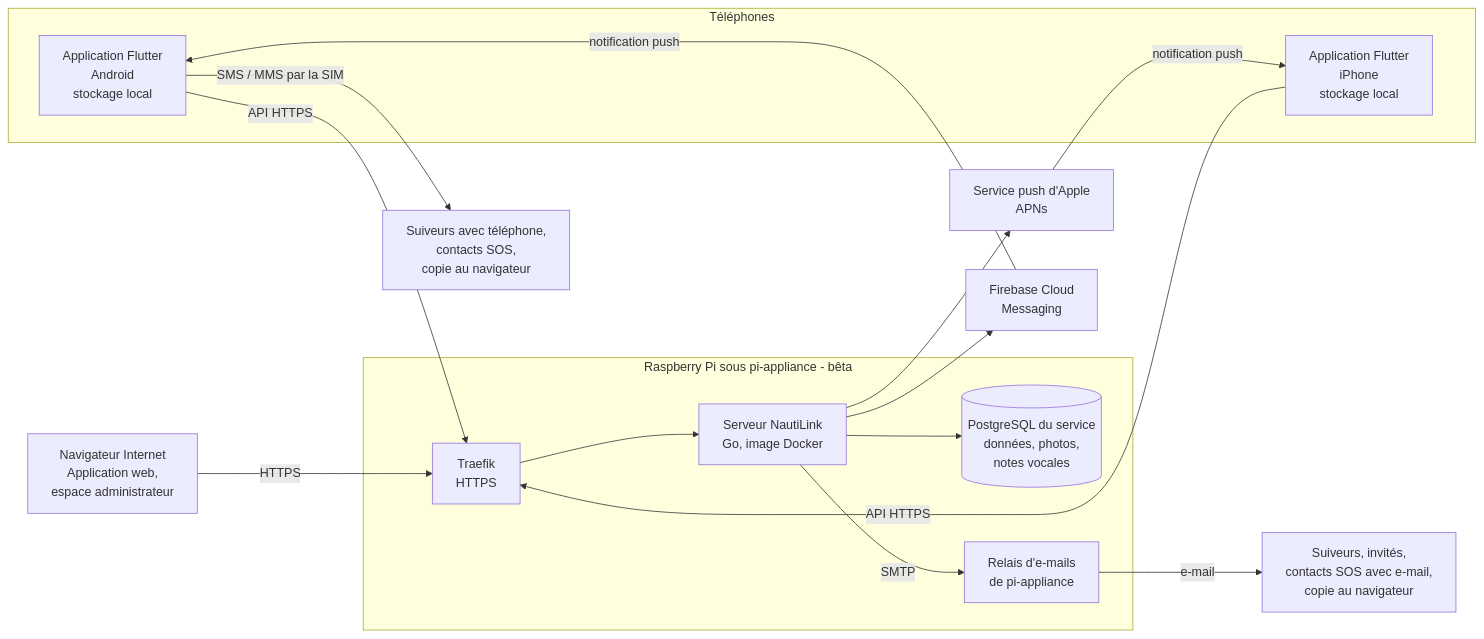
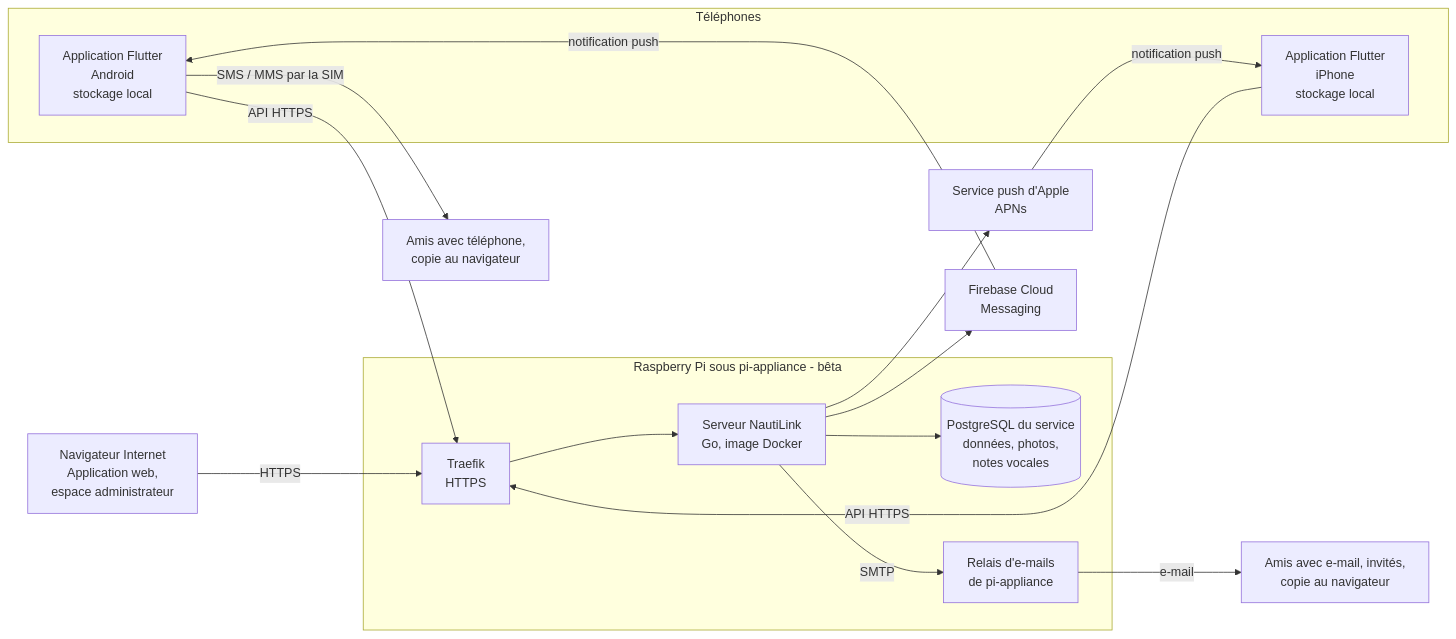
Before and after one commit to gmoulard/NautiLink: the diagram in docs/08-architecture.md, drawn with Mermaid. The commit also changed other lines of this file and 32 other files, not shown here.

````diff
--- a/docs/08-architecture.md
+++ b/docs/08-architecture.md
@@ -15,26 +15,26 @@
 ```mermaid
 flowchart LR
   subgraph TEL[Téléphones]
     A[Application Flutter<br/>Android<br/>stockage local]
     I[Application Flutter<br/>iPhone<br/>stockage local]
   end
   W[Navigateur Internet<br/>Application web,<br/>espace administrateur]
   subgraph PI[Raspberry Pi sous pi-appliance - bêta]
     T[Traefik<br/>HTTPS]
     S[Serveur NautiLink<br/>Go, image Docker]
     P[(PostgreSQL du service<br/>données, photos,<br/>notes vocales)]
     R[Relais d'e-mails<br/>de pi-appliance]
   end
   A -- API HTTPS --> T
   I -- API HTTPS --> T
   W -- HTTPS --> T
   T --> S
   S --> P
   S -- SMTP --> R
-  R -- e-mail --> E[Suiveurs, invités,<br/>contacts SOS avec e-mail,<br/>copie au navigateur]
+  R -- e-mail --> E[Amis avec e-mail, invités,<br/>copie au navigateur]
   S --> APN[Service push d'Apple<br/>APNs]
   APN -- notification push --> I
   S --> FCM[Firebase Cloud<br/>Messaging]
   FCM -- notification push --> A
-  A -- SMS / MMS par la SIM --> D[Suiveurs avec téléphone,<br/>contacts SOS,<br/>copie au navigateur]
+  A -- SMS / MMS par la SIM --> D[Amis avec téléphone,<br/>copie au navigateur]
 ```
````
